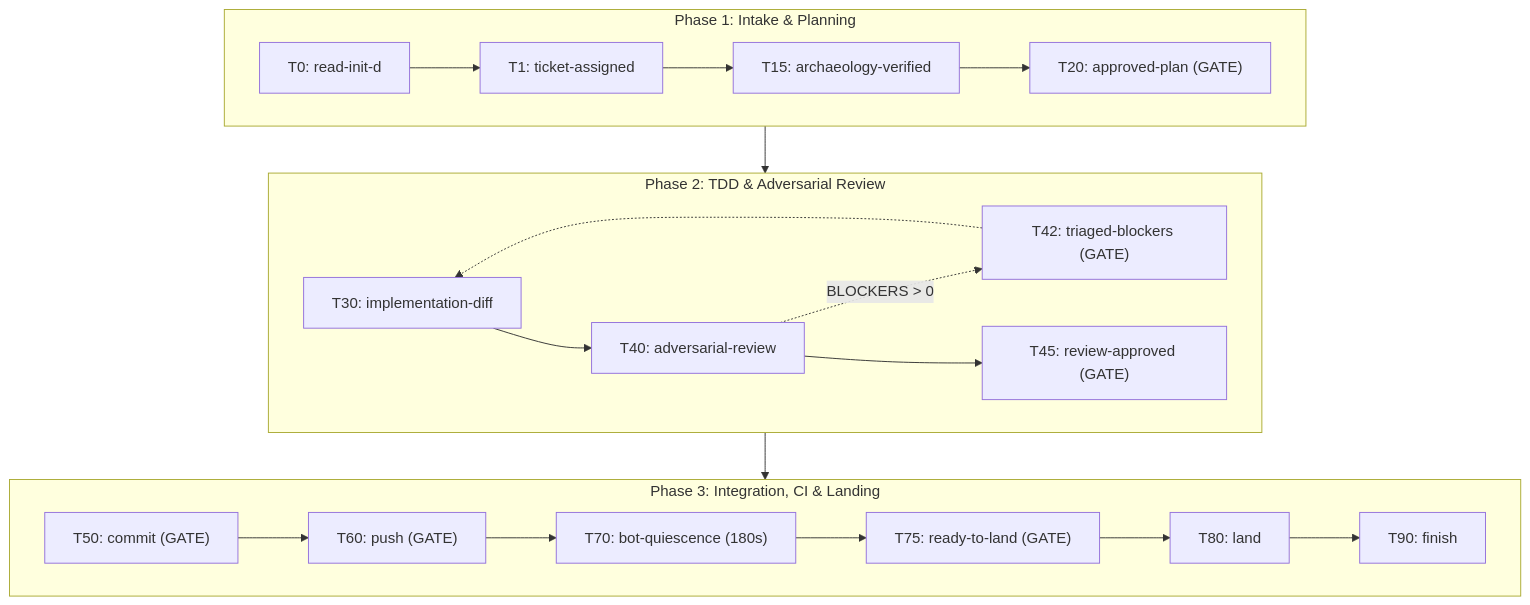
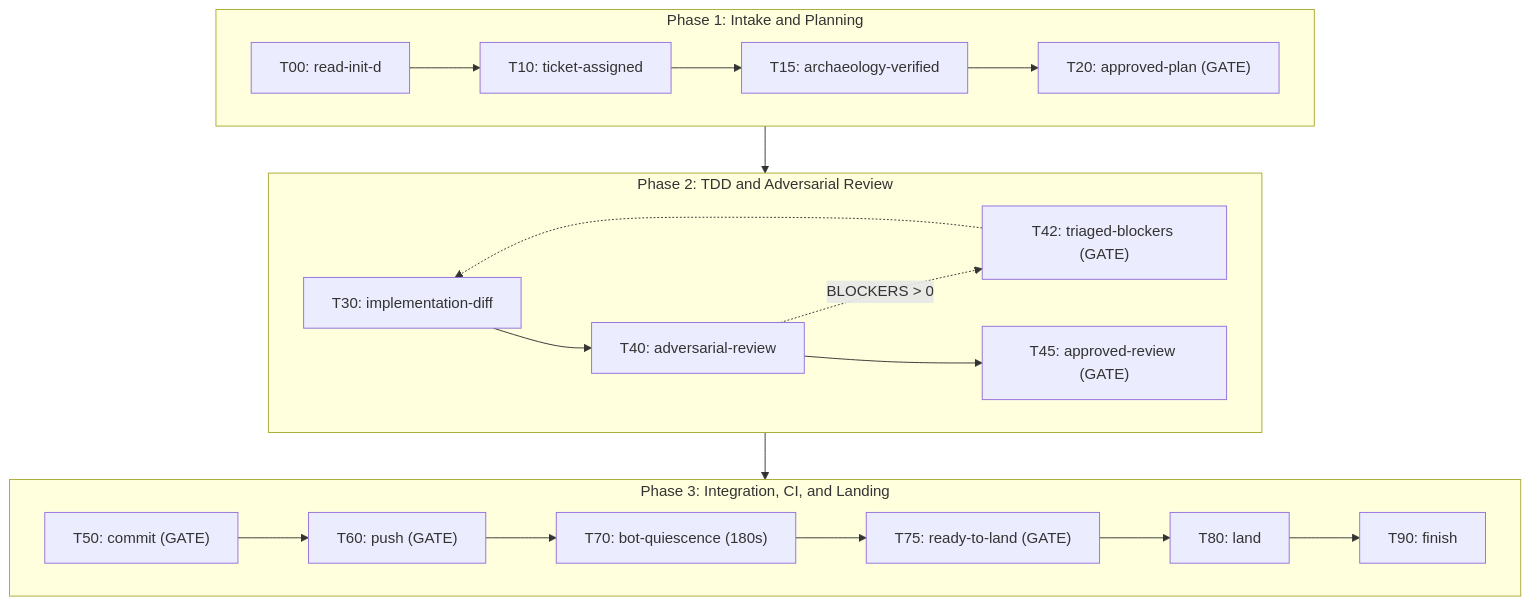
One commit to hedges333/makefile-workflow-skill changed the diagram in README.md. Above: the diagram before and after it, drawn with Mermaid. The commit also changed other lines of this file and 56 other files, not shown here.

````diff
--- a/README.md
+++ b/README.md
@@ -142,22 +142,22 @@
 ```mermaid
 flowchart TD
-    subgraph P1 ["Phase 1: Intake & Planning"]
+    subgraph P1 ["Phase 1: Intake and Planning"]
         direction LR
-        T0["T0: read-init-d"] --> T1["T1: ticket-assigned"] --> T15["T15: archaeology-verified"] --> T20["T20: approved-plan (GATE)"]
+        T00["T00: read-init-d"] --> T10["T10: ticket-assigned"] --> T15["T15: archaeology-verified"] --> T20["T20: approved-plan (GATE)"]
     end
 
-    subgraph P2 ["Phase 2: TDD & Adversarial Review"]
+    subgraph P2 ["Phase 2: TDD and Adversarial Review"]
         direction LR
         T30["T30: implementation-diff"] --> T40["T40: adversarial-review"]
         T40 -. "BLOCKERS > 0" .-> T42["T42: triaged-blockers (GATE)"] -.-> T30
-        T40 --> T45["T45: review-approved (GATE)"]
+        T40 --> T45["T45: approved-review (GATE)"]
     end
 
-    subgraph P3 ["Phase 3: Integration, CI & Landing"]
+    subgraph P3 ["Phase 3: Integration, CI, and Landing"]
         direction LR
         T50["T50: commit (GATE)"] --> T60["T60: push (GATE)"] --> T70["T70: bot-quiescence (180s)"]
         T70 --> T75["T75: ready-to-land (GATE)"] --> T80["T80: land"] --> T90["T90: finish"]
     end
 
     P1 --> P2 --> P3
 ```
````
